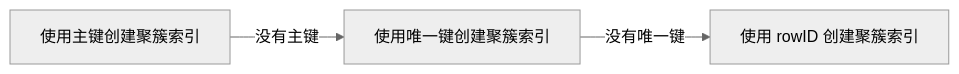
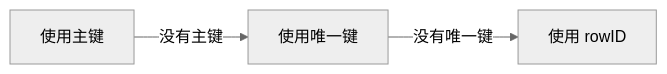
Before and after one commit to kekaiyuan/resource: the second of 2 diagrams in _posts/database/mysql/2021-07-08-index.md, drawn with Mermaid (neutral theme). The commit also changed other lines of this file, not shown here.

````diff
--- a/_posts/database/mysql/2021-07-08-index.md
+++ b/_posts/database/mysql/2021-07-08-index.md
@@ -131,5 +131,5 @@
 ```mermaid
 graph LR;
-A[使用主键创建聚簇索引] --没有主键--> B[使用唯一键创建聚簇索引]
-B --没有唯一键--> C[使用 rowID 创建聚簇索引]
+A[使用主键] --没有主键--> B[使用唯一键]
+B --没有唯一键--> C[使用 rowID]
 ```
````
